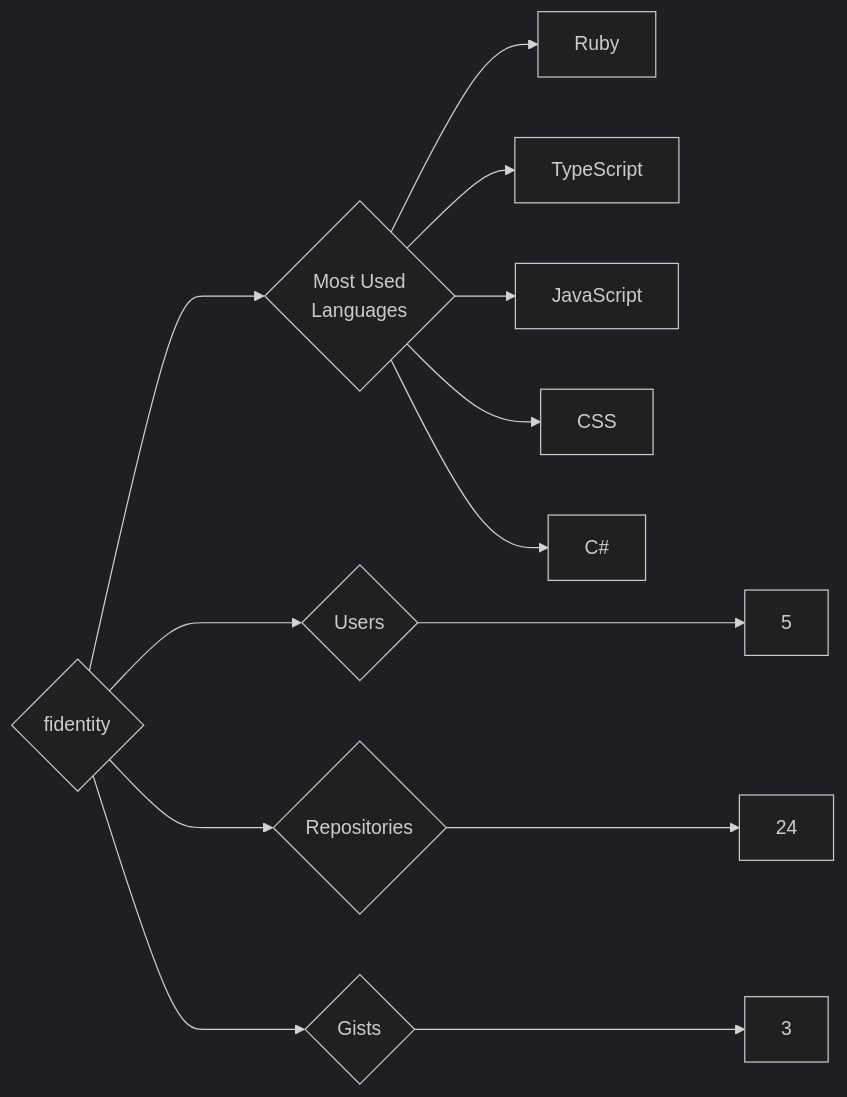
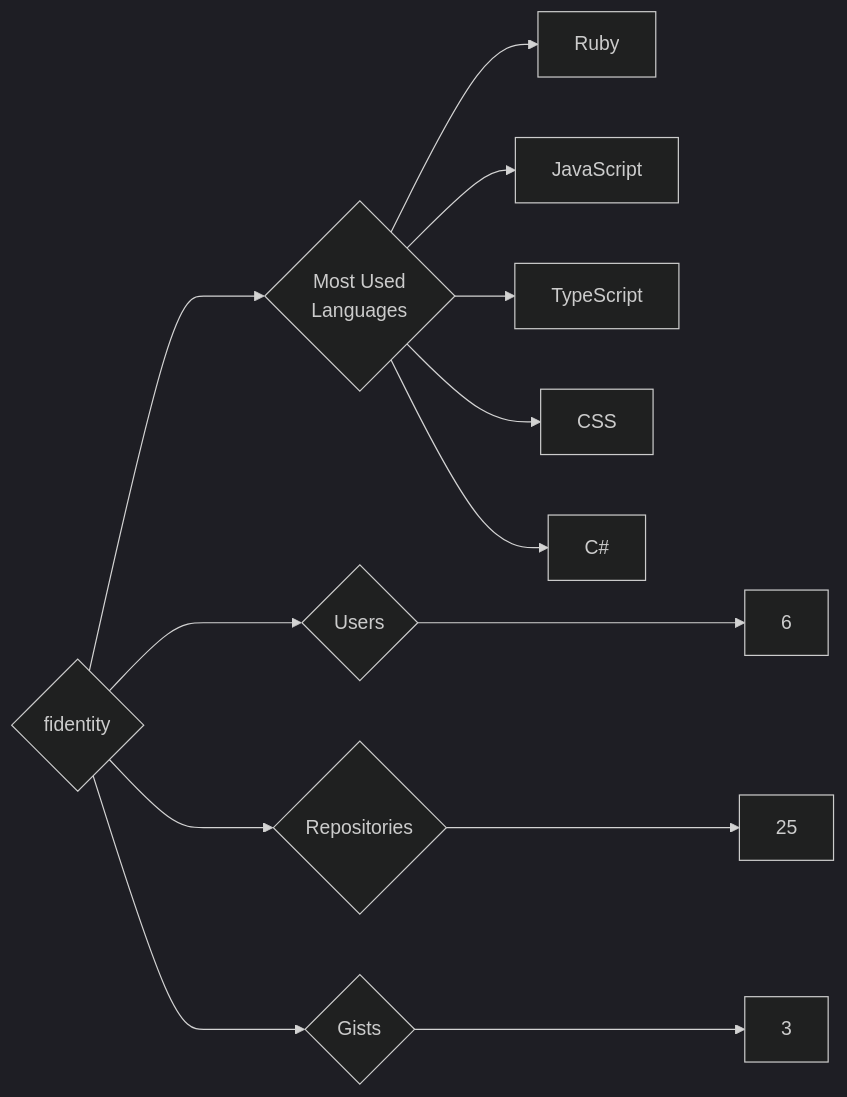
Before and after one commit to trickest/insiders: the diagram in targets/fidentity/README.md, drawn with Mermaid (dark theme). The commit also changed 993 other files, not shown here.

````diff
--- a/targets/fidentity/README.md
+++ b/targets/fidentity/README.md
@@ -3,13 +3,13 @@
 ```mermaid
 graph LR
 COMPANY_NAME{fidentity}
-COMPANY_NAME ---> U{Users} ---> UN[5]
-COMPANY_NAME ---> R{Repositories} ---> RN[24]
+COMPANY_NAME ---> U{Users} ---> UN[6]
+COMPANY_NAME ---> R{Repositories} ---> RN[25]
 COMPANY_NAME ---> G{Gists} ---> GN[3]
 COMPANY_NAME ---> ML{Most Used<br>Languages}
 ML --> Ruby[Ruby]
+ML --> JavaScript[JavaScript]
 ML --> TypeScript[TypeScript]
-ML --> JavaScript[JavaScript]
 ML --> CSS[CSS]
 ML --> C#[C#]
 ```
````
